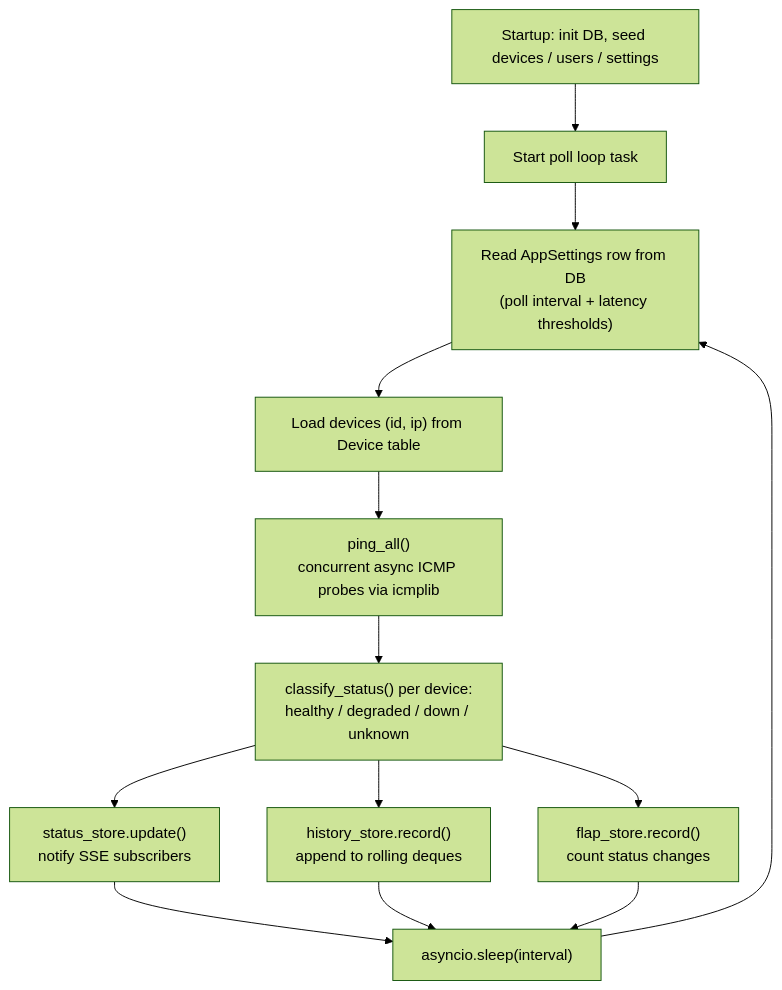
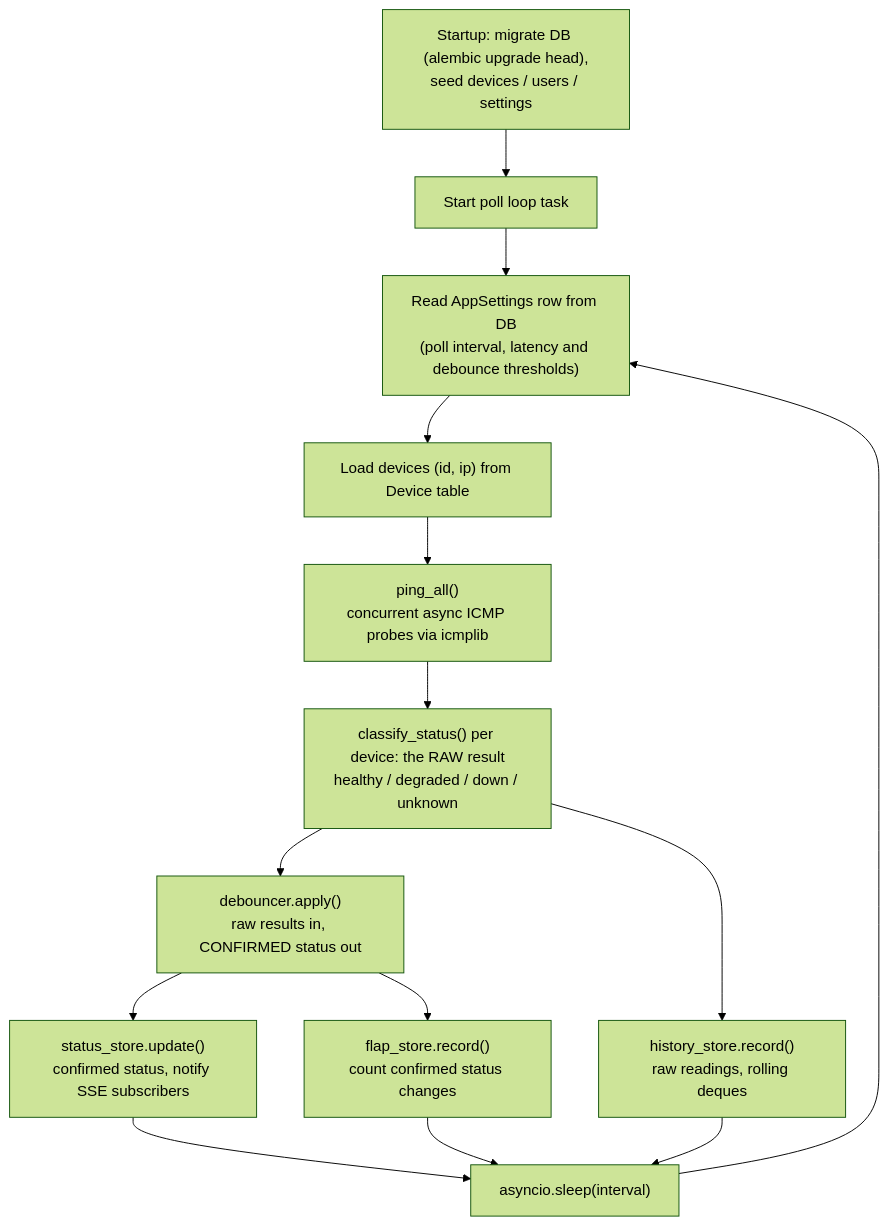
Before and after one commit to dumbL4d/network-analyser: the second of 7 diagrams in README.md, drawn with Mermaid (forest theme). The commit also changed other lines of this file and 27 other files, not shown here.

First line of the commit message:
feat: add Alembic migrations and debounced status confirmation

````diff
--- a/README.md
+++ b/README.md
@@ -123,15 +130,16 @@
 ```mermaid
 flowchart TD
-    A["Startup: init DB, seed devices / users / settings"] --> B["Start poll loop task"]
-    B --> C["Read AppSettings row from DB<br/>(poll interval + latency thresholds)"]
+    A["Startup: migrate DB (alembic upgrade head),<br/>seed devices / users / settings"] --> B["Start poll loop task"]
+    B --> C["Read AppSettings row from DB<br/>(poll interval, latency and debounce thresholds)"]
     C --> D["Load devices (id, ip) from Device table"]
     D --> E["ping_all()<br/>concurrent async ICMP probes via icmplib"]
-    E --> F["classify_status() per device:<br/>healthy / degraded / down / unknown"]
-    F --> G["status_store.update()<br/>notify SSE subscribers"]
-    F --> H["history_store.record()<br/>append to rolling deques"]
-    F --> I["flap_store.record()<br/>count status changes"]
+    E --> F["classify_status() per device: the RAW result<br/>healthy / degraded / down / unknown"]
+    F --> K["debouncer.apply()<br/>raw results in, CONFIRMED status out"]
+    F --> H["history_store.record()<br/>raw readings, rolling deques"]
+    K --> G["status_store.update()<br/>confirmed status, notify SSE subscribers"]
+    K --> I["flap_store.record()<br/>count confirmed status changes"]
     G --> J["asyncio.sleep(interval)"]
     H --> J
     I --> J
     J --> C
 ```
````
